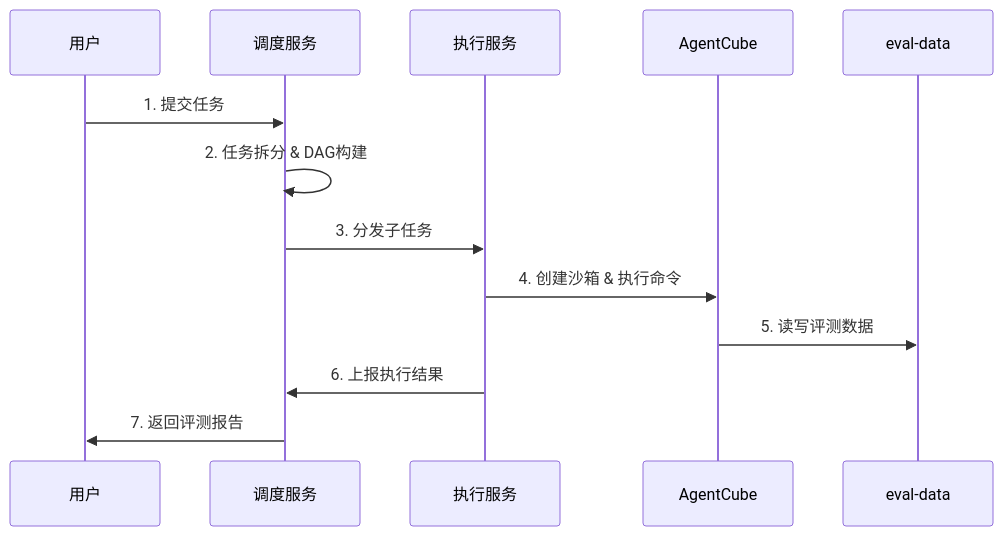
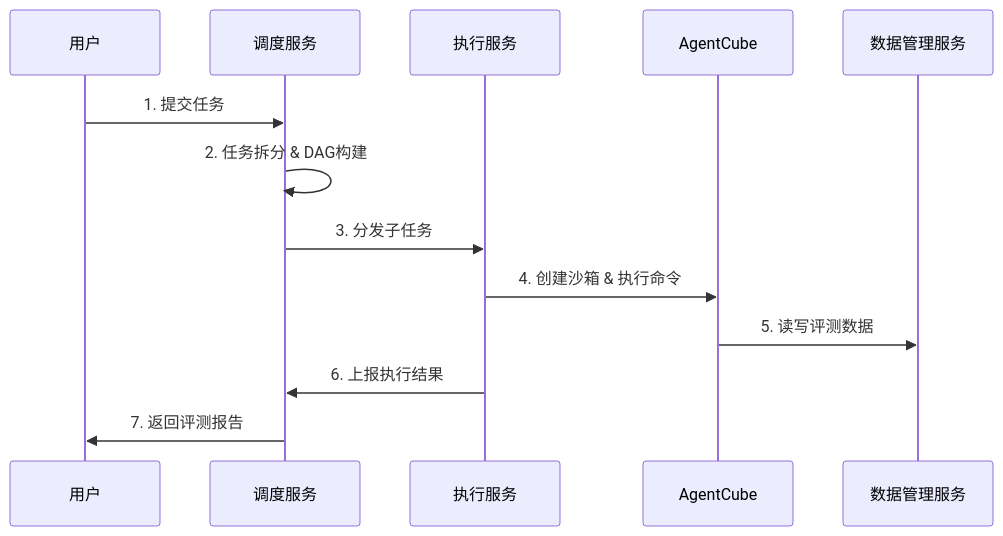
Before and after one commit to njuxumq/agent-eval-server: the second of 6 diagrams in docs/designs/架构设计文档.md, drawn with Mermaid. The commit also changed other lines of this file and 12 other files, not shown here.

````diff
--- a/docs/designs/架构设计文档.md
+++ b/docs/designs/架构设计文档.md
@@ -126,16 +126,16 @@
 ```mermaid
 sequenceDiagram
     participant U as 用户
     participant S as 调度服务
     participant E as 执行服务
     participant A as AgentCube
-    participant D as eval-data
+    participant D as 数据管理服务
     
     U->>S: 1. 提交任务
     S->>S: 2. 任务拆分 & DAG构建
     S->>E: 3. 分发子任务
     E->>A: 4. 创建沙箱 & 执行命令
     A->>D: 5. 读写评测数据
     E->>S: 6. 上报执行结果
     S->>U: 7. 返回评测报告
 ```
````
